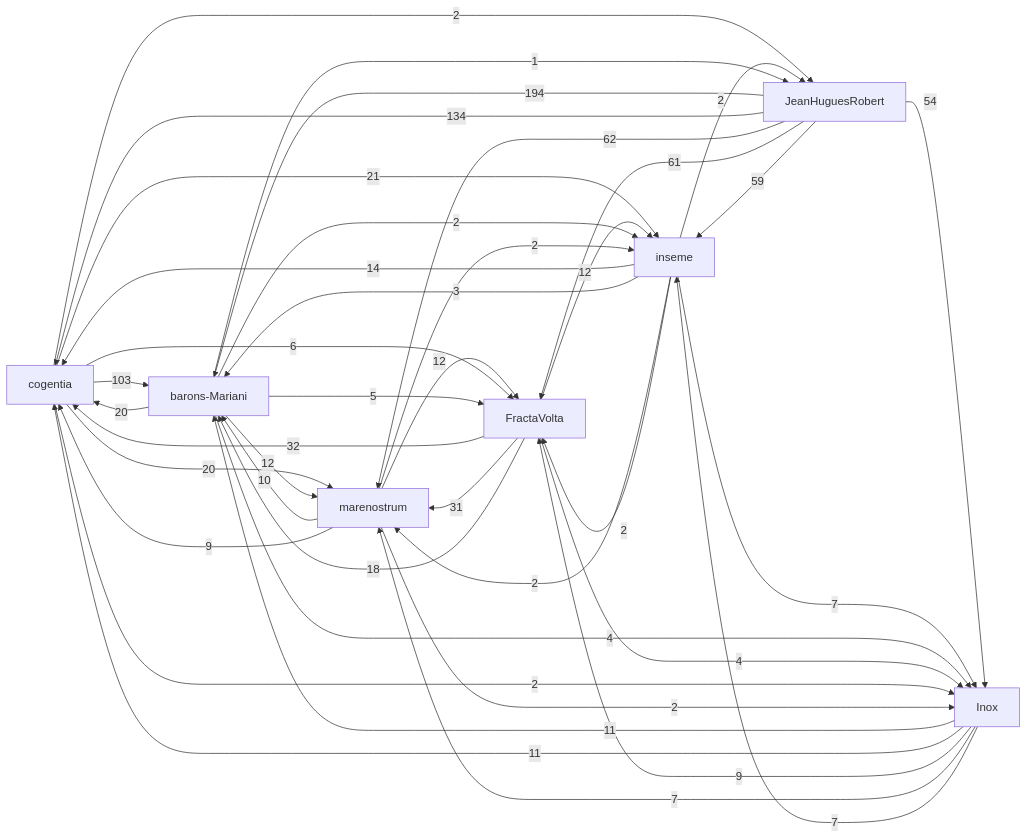
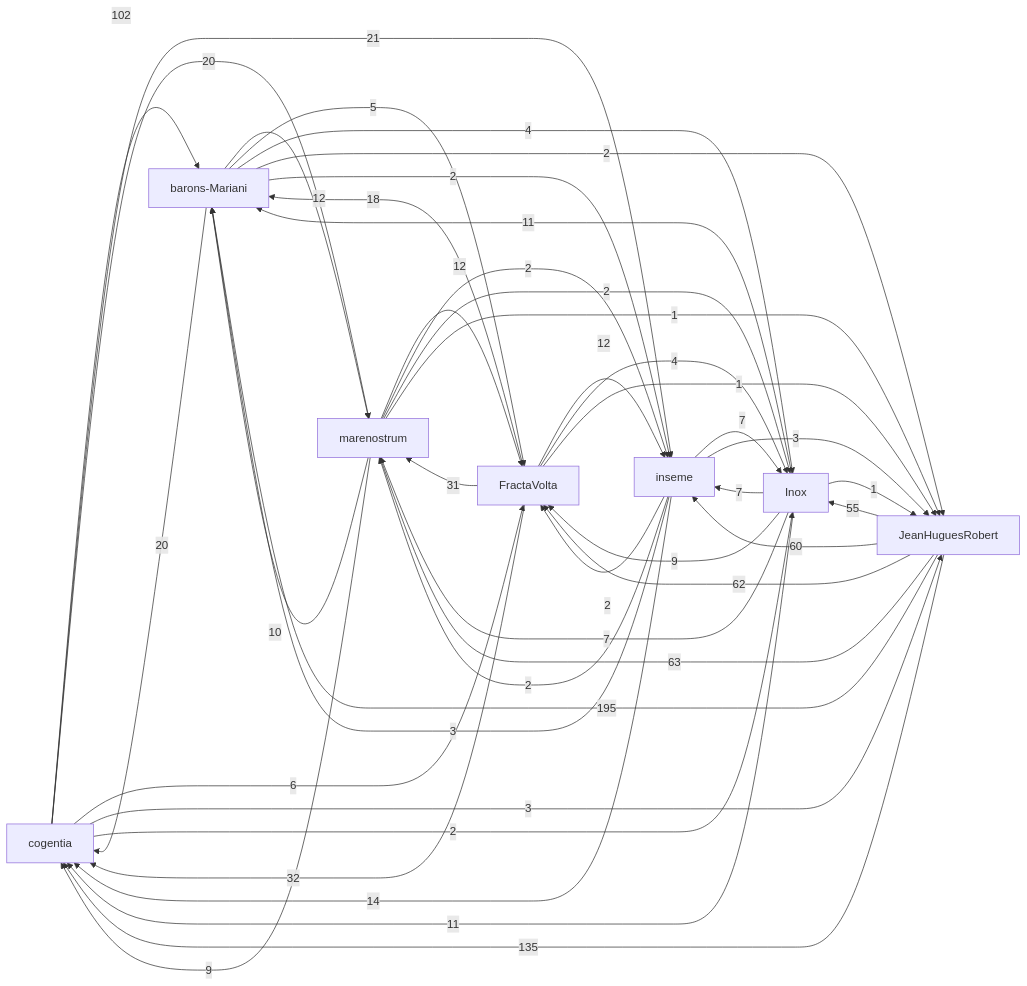
One commit to JeanHuguesRobert/barons-Mariani changed the first of 2 diagrams in research/corpus-status.md. Above: the diagram before and after it, drawn with Mermaid. The commit also changed 1 other file, not shown here.

Commit message:
Consolidate institutional boundary references

````diff
--- a/research/corpus-status.md
+++ b/research/corpus-status.md
@@ -44,49 +44,52 @@
 ```mermaid
 graph LR
   r_cogentia["cogentia"]
   r_fractavolta["FractaVolta"]
   r_marenostrum["marenostrum"]
   r_barons_mariani["barons-Mariani"]
   r_inseme["inseme"]
   r_inox["Inox"]
   r_jeanhuguesrobert["JeanHuguesRobert"]
-  r_jeanhuguesrobert -->|194| r_barons_mariani
-  r_jeanhuguesrobert -->|134| r_cogentia
-  r_cogentia -->|103| r_barons_mariani
-  r_jeanhuguesrobert -->|62| r_marenostrum
-  r_jeanhuguesrobert -->|61| r_fractavolta
-  r_jeanhuguesrobert -->|59| r_inseme
-  r_jeanhuguesrobert -->|54| r_inox
+  r_jeanhuguesrobert -->|195| r_barons_mariani
+  r_jeanhuguesrobert -->|135| r_cogentia
+  r_cogentia -->|102| r_barons_mariani
+  r_jeanhuguesrobert -->|63| r_marenostrum
+  r_jeanhuguesrobert -->|62| r_fractavolta
+  r_jeanhuguesrobert -->|60| r_inseme
+  r_jeanhuguesrobert -->|55| r_inox
   r_fractavolta -->|32| r_cogentia
   r_fractavolta -->|31| r_marenostrum
   r_cogentia -->|21| r_inseme
   r_barons_mariani -->|20| r_cogentia
   r_cogentia -->|20| r_marenostrum
   r_fractavolta -->|18| r_barons_mariani
   r_inseme -->|14| r_cogentia
   r_barons_mariani -->|12| r_marenostrum
   r_fractavolta -->|12| r_inseme
   r_marenostrum -->|12| r_fractavolta
   r_inox -->|11| r_barons_mariani
   r_inox -->|11| r_cogentia
   r_marenostrum -->|10| r_barons_mariani
   r_inox -->|9| r_fractavolta
   r_marenostrum -->|9| r_cogentia
   r_inox -->|7| r_marenostrum
   r_inox -->|7| r_inseme
   r_inseme -->|7| r_inox
   r_cogentia -->|6| r_fractavolta
   r_barons_mariani -->|5| r_fractavolta
   r_barons_mariani -->|4| r_inox
   r_fractavolta -->|4| r_inox
+  r_cogentia -->|3| r_jeanhuguesrobert
   r_inseme -->|3| r_barons_mariani
+  r_inseme -->|3| r_jeanhuguesrobert
+  r_barons_mariani -->|2| r_jeanhuguesrobert
   r_barons_mariani -->|2| r_inseme
-  r_cogentia -->|2| r_jeanhuguesrobert
   r_cogentia -->|2| r_inox
   r_inseme -->|2| r_marenostrum
   r_inseme -->|2| r_fractavolta
-  r_inseme -->|2| r_jeanhuguesrobert
   r_marenostrum -->|2| r_inseme
   r_marenostrum -->|2| r_inox
-  r_barons_mariani -->|1| r_jeanhuguesrobert
+  r_fractavolta -->|1| r_jeanhuguesrobert
+  r_inox -->|1| r_jeanhuguesrobert
+  r_marenostrum -->|1| r_jeanhuguesrobert
 ```
````
